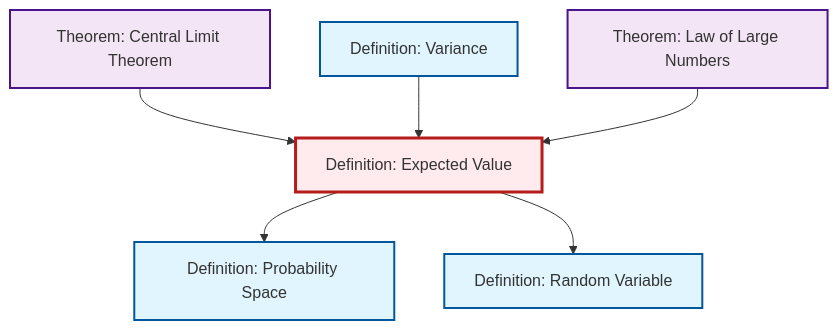
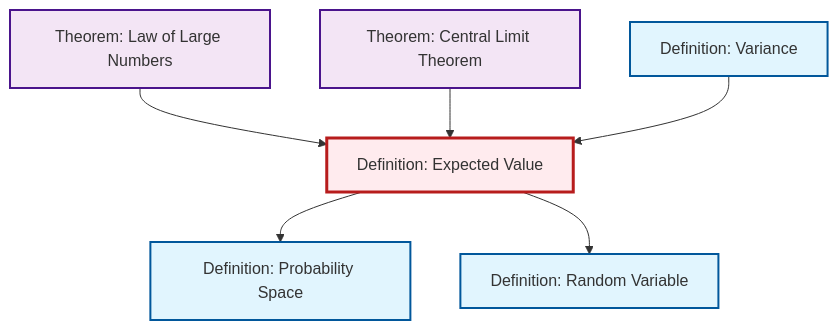
The second of 2 diagrams in content/en/probability-statistics/def-expectation.qmd (RK0429/ModernMath), drawn with Mermaid before and after one commit. The commit also changed other lines of this file and 581 other files, not shown here.

````diff
--- a/content/en/probability-statistics/def-expectation.qmd
+++ b/content/en/probability-statistics/def-expectation.qmd
@@ -86,26 +86,26 @@
 ```{mermaid}
 %%| fig-cap: "Local dependency graph"
 graph TD
     classDef definition fill:#e1f5fe,stroke:#01579b,stroke-width:2px
     classDef theorem fill:#f3e5f5,stroke:#4a148c,stroke-width:2px
     classDef axiom fill:#fff3e0,stroke:#e65100,stroke-width:2px
     classDef example fill:#e8f5e9,stroke:#1b5e20,stroke-width:2px
     classDef current fill:#ffebee,stroke:#b71c1c,stroke-width:3px
+    def-probability-space["Definition: Probability Space"]:::definition
+    thm-central-limit["Theorem: Central Limit Theorem"]:::theorem
     def-variance["Definition: Variance"]:::definition
+    def-expectation["Definition: Expected Value"]:::definition
+    thm-law-of-large-numbers["Theorem: Law of Large Numbers"]:::theorem
     def-random-variable["Definition: Random Variable"]:::definition
-    thm-law-of-large-numbers["Theorem: Law of Large Numbers"]:::theorem
-    thm-central-limit["Theorem: Central Limit Theorem"]:::theorem
-    def-probability-space["Definition: Probability Space"]:::definition
-    def-expectation["Definition: Expected Value"]:::definition
+    thm-law-of-large-numbers --> def-expectation
+    def-expectation --> def-probability-space
     thm-central-limit --> def-expectation
-    def-expectation --> def-probability-space
+    def-expectation --> def-random-variable
     def-variance --> def-expectation
-    thm-law-of-large-numbers --> def-expectation
-    def-expectation --> def-random-variable
     class def-expectation current
+    click def-probability-space "def-probability-space.html" "Go to Probability Space definition"
+    click thm-central-limit "thm-central-limit.html" "Go to Central Limit Theorem theorem"
     click def-variance "def-variance.html" "Go to Variance definition"
+    click thm-law-of-large-numbers "thm-law-of-large-numbers.html" "Go to Law of Large Numbers theorem"
     click def-random-variable "def-random-variable.html" "Go to Random Variable definition"
-    click thm-law-of-large-numbers "thm-law-of-large-numbers.html" "Go to Law of Large Numbers theorem"
-    click thm-central-limit "thm-central-limit.html" "Go to Central Limit Theorem theorem"
-    click def-probability-space "def-probability-space.html" "Go to Probability Space definition"
 ```
````
